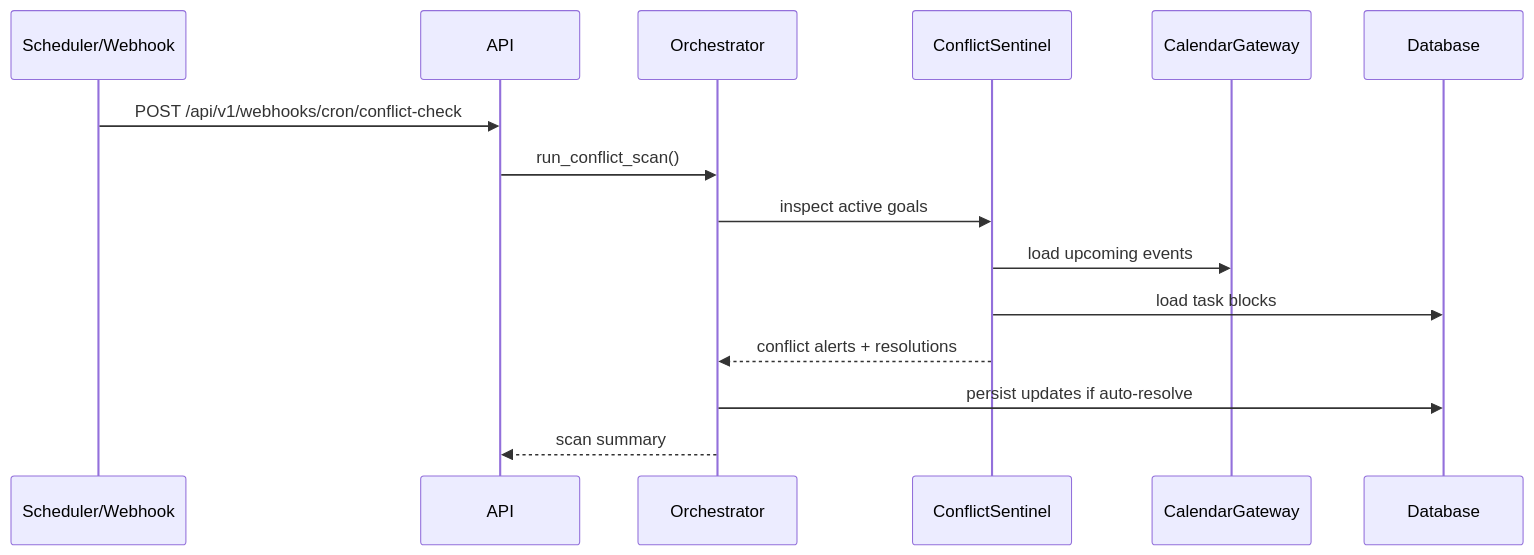
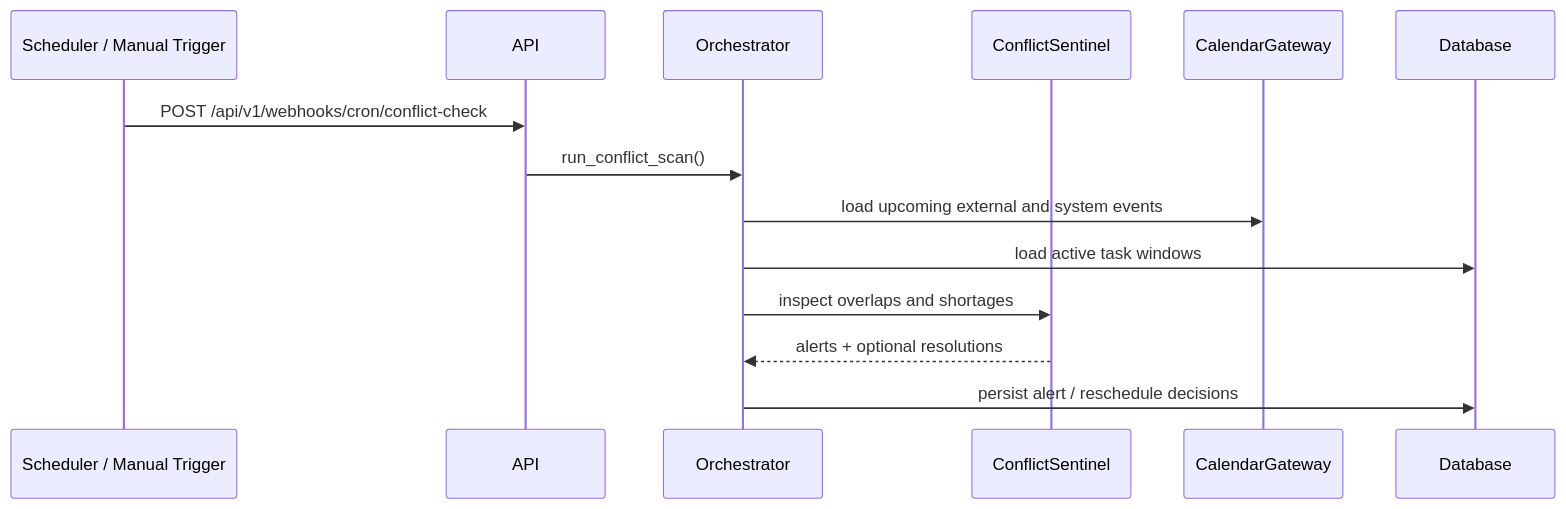
The fourth of 5 diagrams in docs/hld-lld.md (Devaraj-05/telova), drawn with Mermaid before and after one commit. The commit also changed other lines of this file and 35 other files, not shown here.

First line of the commit message:
added initial database schema and integration with Google Workspace

````diff
--- a/docs/hld-lld.md
+++ b/docs/hld-lld.md
@@ -85,17 +132,16 @@
 ```mermaid
 sequenceDiagram
-    participant S as Scheduler/Webhook
+    participant S as Scheduler / Manual Trigger
     participant A as API
     participant O as Orchestrator
     participant C as ConflictSentinel
     participant G as CalendarGateway
     participant D as Database
     S->>A: POST /api/v1/webhooks/cron/conflict-check
     A->>O: run_conflict_scan()
-    O->>C: inspect active goals
-    C->>G: load upcoming events
-    C->>D: load task blocks
-    C-->>O: conflict alerts + resolutions
-    O->>D: persist updates if auto-resolve
-    O-->>A: scan summary
+    O->>G: load upcoming external and system events
+    O->>D: load active task windows
+    O->>C: inspect overlaps and shortages
+    C-->>O: alerts + optional resolutions
+    O->>D: persist alert / reschedule decisions
 ```
````
